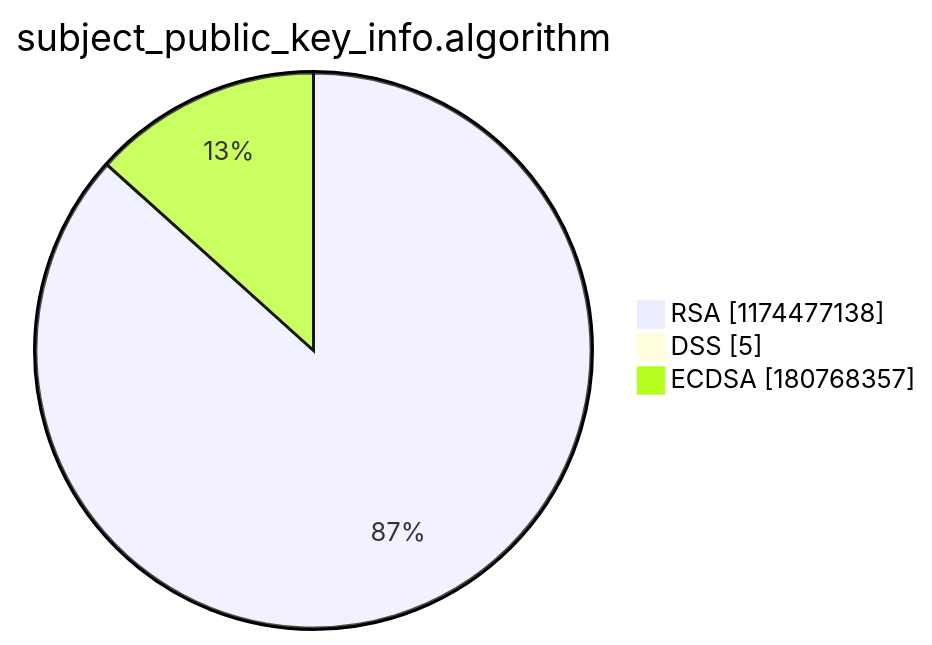
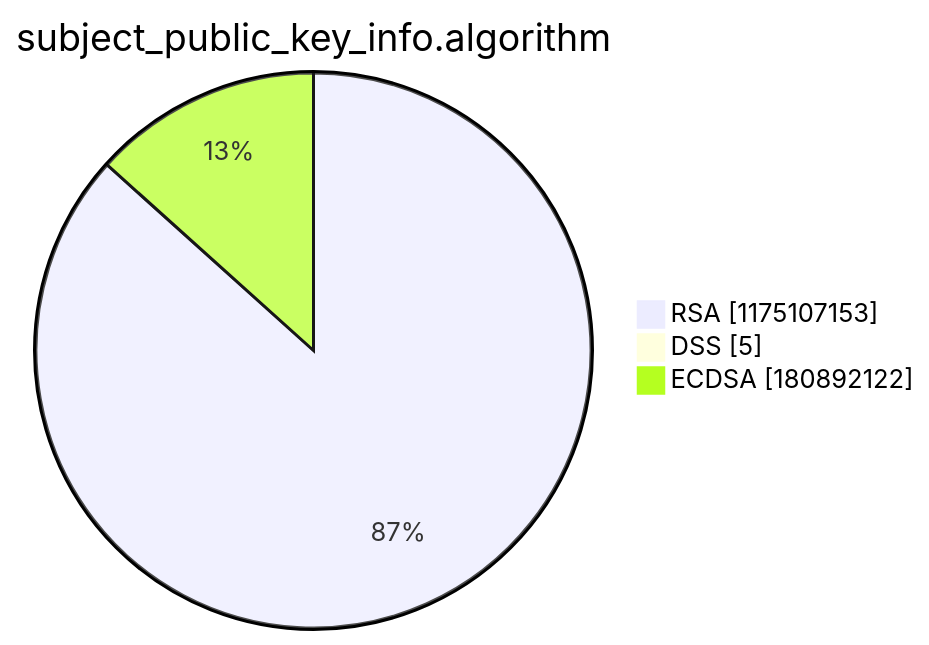
Before and after one commit to christiankrug/ctmonitor_visualization: the third of 15 diagrams in argon2022/README.md, drawn with Mermaid. The commit also changed other lines of this file, not shown here.

````diff
--- a/argon2022/README.md
+++ b/argon2022/README.md
@@ -14,7 +14,7 @@
 ```mermaid
 pie showData
 title subject_public_key_info.algorithm
-"RSA" :1174477138
+"RSA" :1175107153
 "DSS" :5
-"ECDSA" :180768357
+"ECDSA" :180892122
 ```
````
